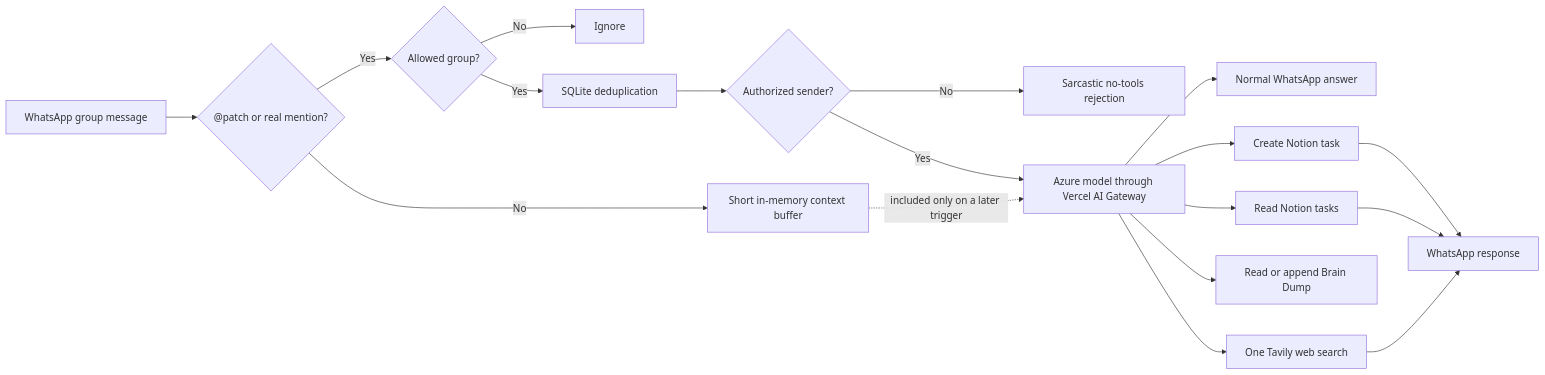
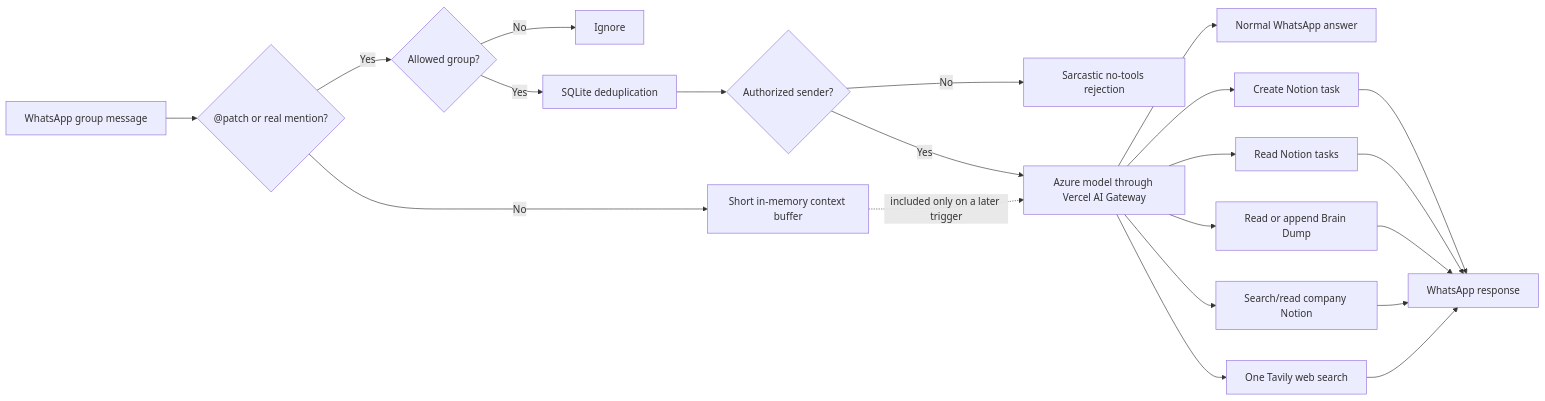
One commit to sagnik11/dia-whatsapp-bot changed the diagram in README.md. Above: the diagram before and after it, drawn with Mermaid. The commit also changed other lines of this file and 9 other files, not shown here.

Commit message:
Add scoped Notion company knowledge access

````diff
--- a/README.md
+++ b/README.md
@@ -64,20 +65,23 @@
 ```mermaid
 flowchart LR
     W["WhatsApp group message"] --> T{"@patch or real mention?"}
     T -- No --> C["Short in-memory context buffer"]
     T -- Yes --> G{"Allowed group?"}
     G -- No --> X["Ignore"]
     G -- Yes --> D["SQLite deduplication"]
     D --> U{"Authorized sender?"}
     U -- No --> R["Sarcastic no-tools rejection"]
     U -- Yes --> A["Azure model through Vercel AI Gateway"]
     C -.->|included only on a later trigger| A
     A --> Q["Normal WhatsApp answer"]
     A --> N1["Create Notion task"]
     A --> N2["Read Notion tasks"]
     A --> N3["Read or append Brain Dump"]
+    A --> N4["Search/read company Notion"]
     A --> S["One Tavily web search"]
     N1 --> O["WhatsApp response"]
     N2 --> O
+    N3 --> O
+    N4 --> O
     S --> O
 ```
````
